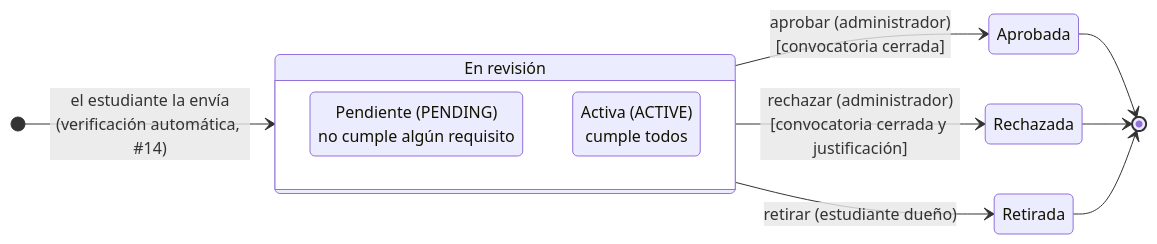
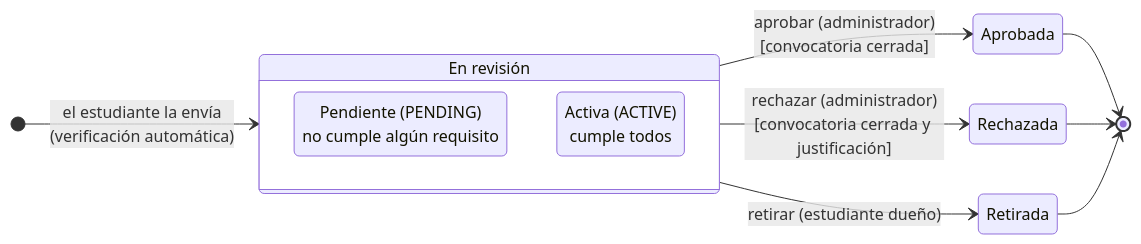
Before and after one commit to SemilleroSOLID/clean-architecture-api: the sixth of 8 diagrams in README.md, drawn with Mermaid. The commit also changed other lines of this file, not shown here.

````diff
--- a/README.md
+++ b/README.md
@@ -385,15 +429,15 @@
 ```mermaid
 stateDiagram-v2
     direction LR
     state "En revisión" as Revision {
         Pendiente: Pendiente (PENDING)<br/>no cumple algún requisito
         Activa: Activa (ACTIVE)<br/>cumple todos
     }
-    [*] --> Revision : el estudiante la envía<br/>(verificación automática, #14)
+    [*] --> Revision : el estudiante la envía<br/>(verificación automática)
     Revision --> Aprobada : aprobar (administrador)<br/>[convocatoria cerrada]
     Revision --> Rechazada : rechazar (administrador)<br/>[convocatoria cerrada y justificación]
     Revision --> Retirada : retirar (estudiante dueño)
     Aprobada --> [*]
     Rechazada --> [*]
     Retirada --> [*]
 ```
````
